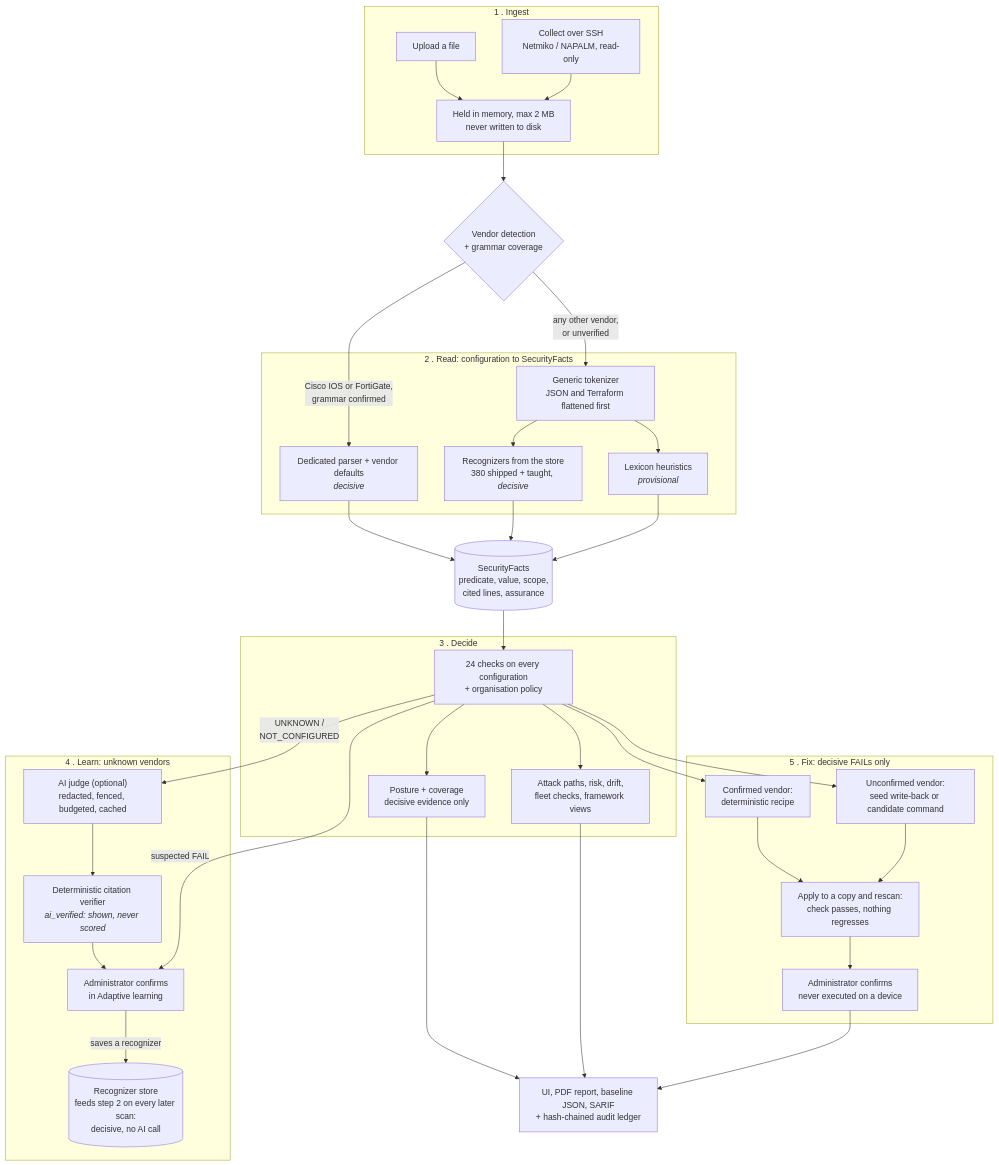
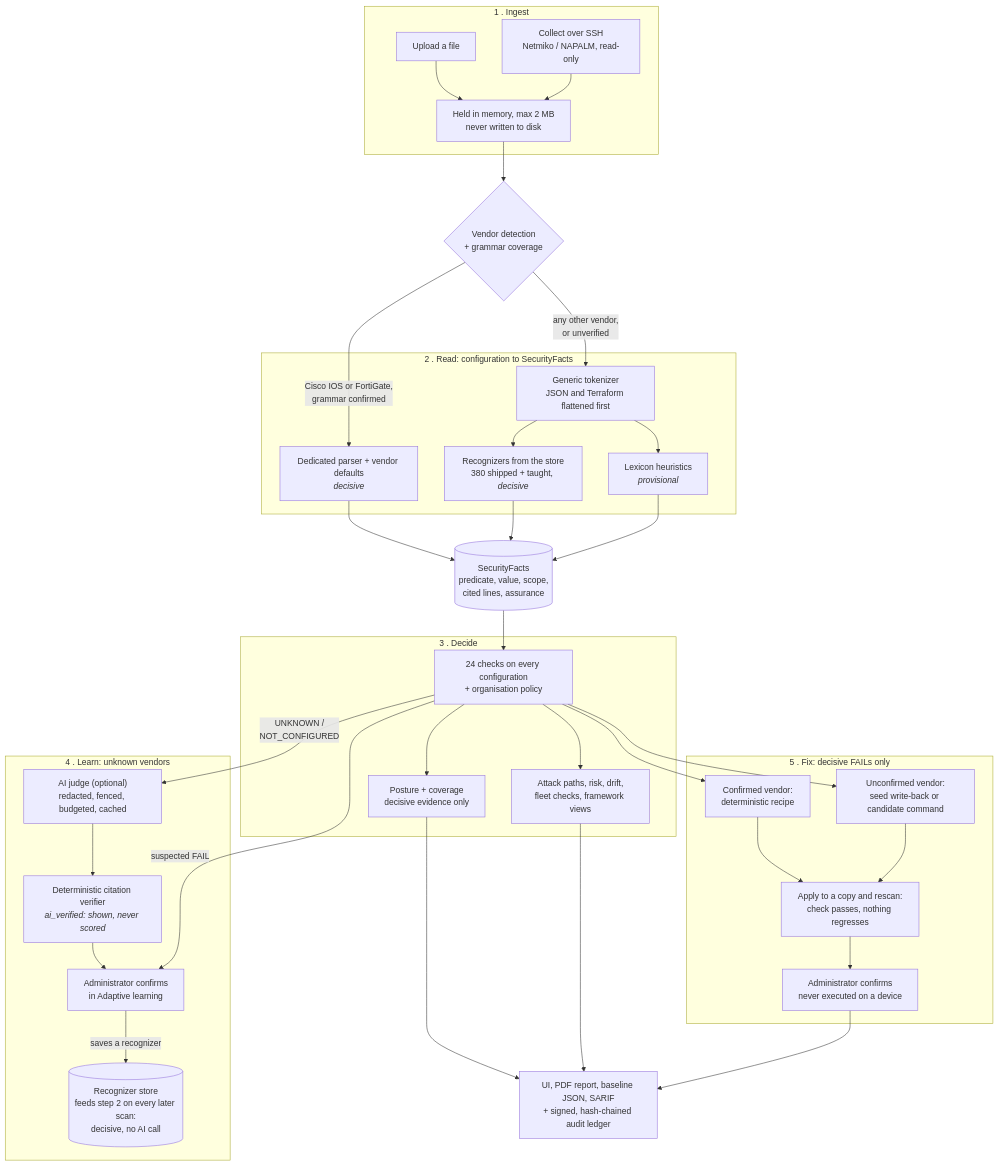
One commit to astrilo-monk/sih-26155 changed the diagram in README.md. Above: the diagram before and after it, drawn with Mermaid. The commit also changed other lines of this file and 48 other files, not shown here.

First line of the commit message:
Close four problem-statement gaps: serial numbers, device CLI, checks as data, signed ledger

````diff
--- a/README.md
+++ b/README.md
@@ -111,66 +111,66 @@
 ```mermaid
 flowchart TD
     subgraph S1["1 . Ingest"]
         UP["Upload a file"]
         SSH["Collect over SSH<br/>Netmiko / NAPALM, read-only"]
         MEM["Held in memory, max 2 MB<br/>never written to disk"]
         UP --> MEM
         SSH --> MEM
     end
 
     MEM --> DET{"Vendor detection<br/>+ grammar coverage"}
 
     subgraph S2["2 . Read: configuration to SecurityFacts"]
         PAR["Dedicated parser + vendor defaults<br/><i>decisive</i>"]
         TOK["Generic tokenizer<br/>JSON and Terraform flattened first"]
         REC["Recognizers from the store<br/>380 shipped + taught, <i>decisive</i>"]
         HEU["Lexicon heuristics<br/><i>provisional</i>"]
         TOK --> REC
         TOK --> HEU
     end
 
     DET -->|"Cisco IOS or FortiGate,<br/>grammar confirmed"| PAR
     DET -->|"any other vendor,<br/>or unverified"| TOK
 
     FACTS[("SecurityFacts<br/>predicate, value, scope,<br/>cited lines, assurance")]
     PAR --> FACTS
     REC --> FACTS
     HEU --> FACTS
 
     subgraph S3["3 . Decide"]
         CTL["24 checks on every configuration<br/>+ organisation policy"]
         SCORE["Posture + coverage<br/>decisive evidence only"]
         CTX["Attack paths, risk, drift,<br/>fleet checks, framework views"]
         CTL --> SCORE
         CTL --> CTX
     end
     FACTS --> CTL
 
     subgraph S4["4 . Learn: unknown vendors"]
         JUDGE["AI judge (optional)<br/>redacted, fenced, budgeted, cached"]
         VER["Deterministic citation verifier<br/><i>ai_verified: shown, never scored</i>"]
         HUM["Administrator confirms<br/>in Adaptive learning"]
         DB[("Recognizer store<br/>feeds step 2 on every later scan:<br/>decisive, no AI call")]
         JUDGE --> VER --> HUM
         HUM -->|"saves a recognizer"| DB
     end
     CTL -->|"UNKNOWN /<br/>NOT_CONFIGURED"| JUDGE
     CTL -->|"suspected FAIL"| HUM
 
     subgraph S5["5 . Fix: decisive FAILs only"]
         RCP["Confirmed vendor:<br/>deterministic recipe"]
         WB["Unconfirmed vendor:<br/>seed write-back or candidate command"]
         RESCAN["Apply to a copy and rescan:<br/>check passes, nothing regresses"]
         OK["Administrator confirms<br/>never executed on a device"]
         RCP --> RESCAN
         WB --> RESCAN
         RESCAN --> OK
     end
     CTL --> RCP
     CTL --> WB
 
-    OUT["UI, PDF report, baseline JSON, SARIF<br/>+ hash-chained audit ledger"]
+    OUT["UI, PDF report, baseline JSON, SARIF<br/>+ signed, hash-chained audit ledger"]
     SCORE --> OUT
     CTX --> OUT
     OK --> OUT
 ```
````
